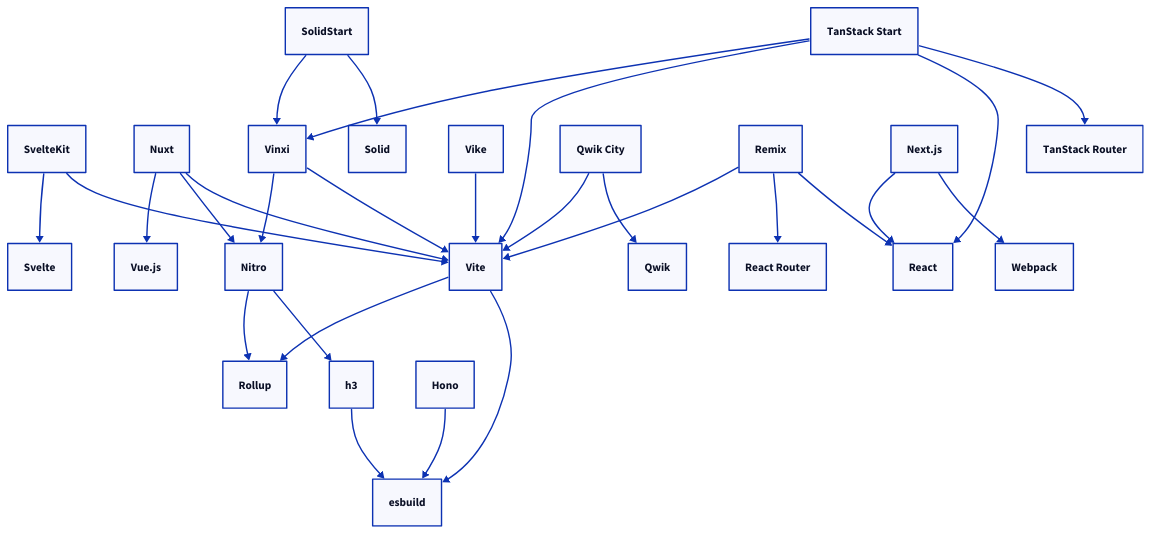
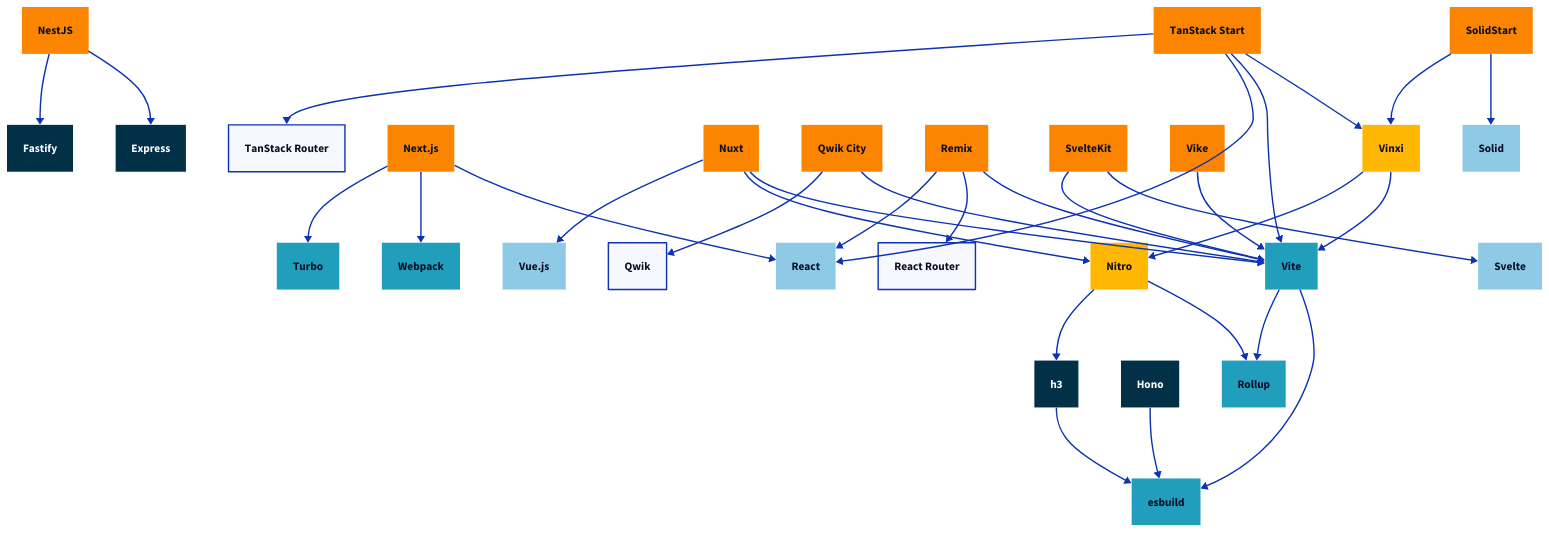
Before and after one commit to flmn/js-depends: the diagram in depends.d2, drawn with D2. The commit also changed 1 other file, not shown here.

```diff
--- a/depends.d2
+++ b/depends.d2
@@ -1,40 +1,108 @@
-Nitro
-Vite
+classes: {
+  server: {
+    style: {
+      fill: "#023047"
+      font-color: white
+      stroke-width: 0
+    }
+  }
+
+  fx: {
+    style: {
+      fill: "#FFB703"
+      stroke-width: 0
+    }
+  }
+
+  kit: {
+    style: {
+      fill: "#FB8500"
+      stroke-width: 0
+    }
+  }
+
+  ui: {
+    style: {
+      fill: "#8ECAE6"
+      stroke-width: 0
+    }
+  }
+
+  build: {
+    style: {
+      fill: "#219EBC"
+      stroke-width: 0
+    }
+  }
+}
+
+Express.class: server
+Fastify.class: server
+h3.class: server
+Hono.class: server
+
+Nitro.class: fx
+Vinxi.class: fx
+
+NestJS.class: kit
+"Next.js".class: kit
+Nuxt.class: kit
+"Qwik City".class: kit
+Remix.class: kit
+SolidStart.class: kit
+SvelteKit.class: kit
+"TanStack Start".class: kit
+Vike.class: kit
+
+React.class: ui
+Solid.class: ui
+Svelte.class: ui
+"Vue.js".class: ui
+
+esbuild.class: build
+Rollup.class: build
+Turbo.class: build
+Vite.class: build
+Webpack.class: build
 
 SvelteKit -> Svelte
 SvelteKit -> Vite
 
+"Qwik City" -> Vite
+"Qwik City" -> Qwik
+
+Nuxt -> Vite
+Nuxt -> Nitro
 Nuxt -> "Vue.js"
-Nuxt -> Nitro
-Nuxt -> Vite
 
+SolidStart -> Solid
 SolidStart -> Vinxi
-SolidStart -> Solid
 
+Vinxi -> Vite
 Vinxi -> Nitro
-Vinxi -> Vite
 
 Vike -> Vite
 
+Vite -> esbuild
 Vite -> Rollup
-Vite -> esbuild
 
 Nitro -> Rollup
 Nitro -> h3 -> esbuild
 
 "TanStack Start" -> Vinxi
 "TanStack Start" -> Vite
 "TanStack Start" -> React
 "TanStack Start" -> "TanStack Router"
 
-"Qwik City" -> Vite
-"Qwik City" -> Qwik
-
 Remix -> Vite
 Remix -> "React Router"
 Remix -> React
 
 "Next.js" -> React
 "Next.js" -> Webpack
+"Next.js" -> Turbo
 
 Hono -> esbuild
+
+NestJS -> Express
+NestJS -> Fastify
```
